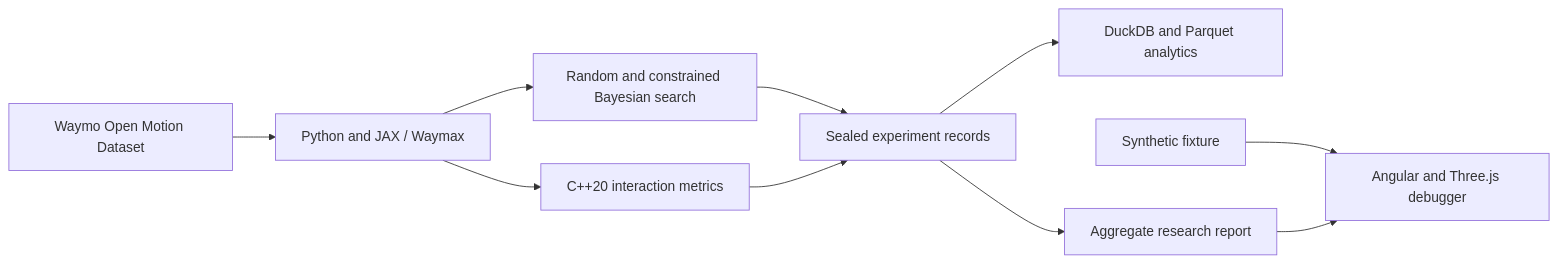
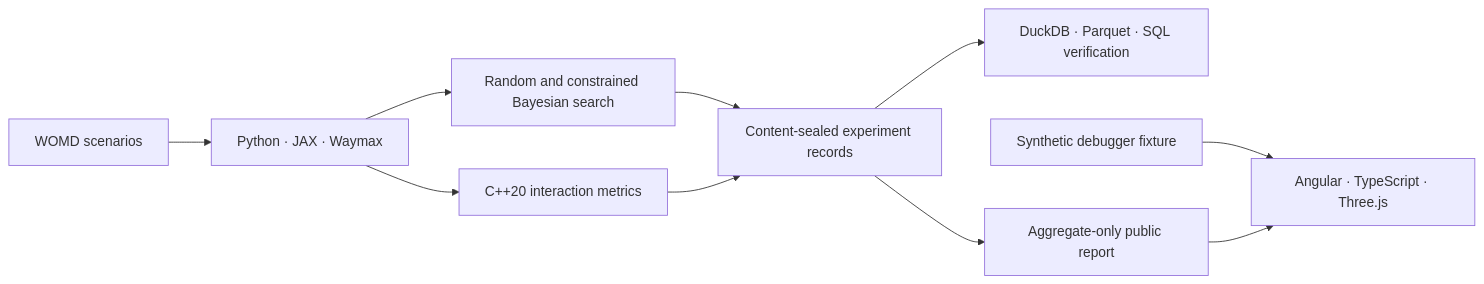
Before and after one commit to ethanvillalovoz/planmargin: the diagram in README.md, drawn with Mermaid. The commit also changed other lines of this file and 2 other files, not shown here.

````diff
--- a/README.md
+++ b/README.md
@@ -78,12 +95,12 @@
 ```mermaid
 flowchart LR
-    A["Waymo Open Motion Dataset"] --> B["Python and JAX / Waymax"]
+    A["WOMD scenarios"] --> B["Python · JAX · Waymax"]
     B --> C["Random and constrained Bayesian search"]
     B --> D["C++20 interaction metrics"]
-    C --> E["Sealed experiment records"]
+    C --> E["Content-sealed experiment records"]
     D --> E
-    E --> F["DuckDB and Parquet analytics"]
-    E --> G["Aggregate research report"]
-    H["Synthetic fixture"] --> I["Angular and Three.js debugger"]
+    E --> F["DuckDB · Parquet · SQL verification"]
+    E --> G["Aggregate-only public report"]
+    H["Synthetic debugger fixture"] --> I["Angular · TypeScript · Three.js"]
     G --> I
 ```
````
